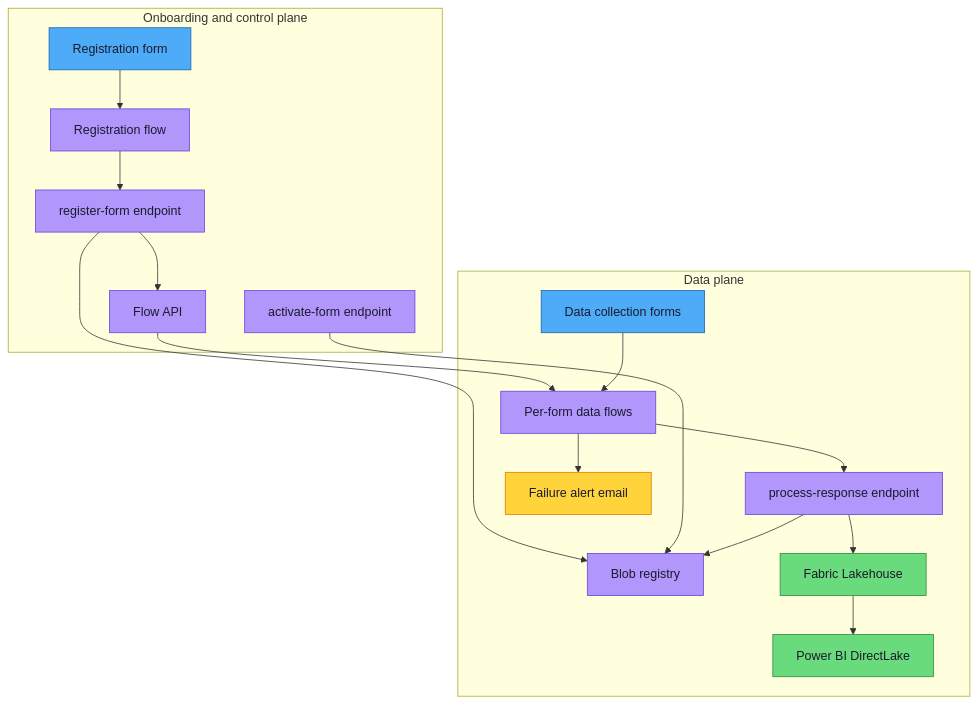
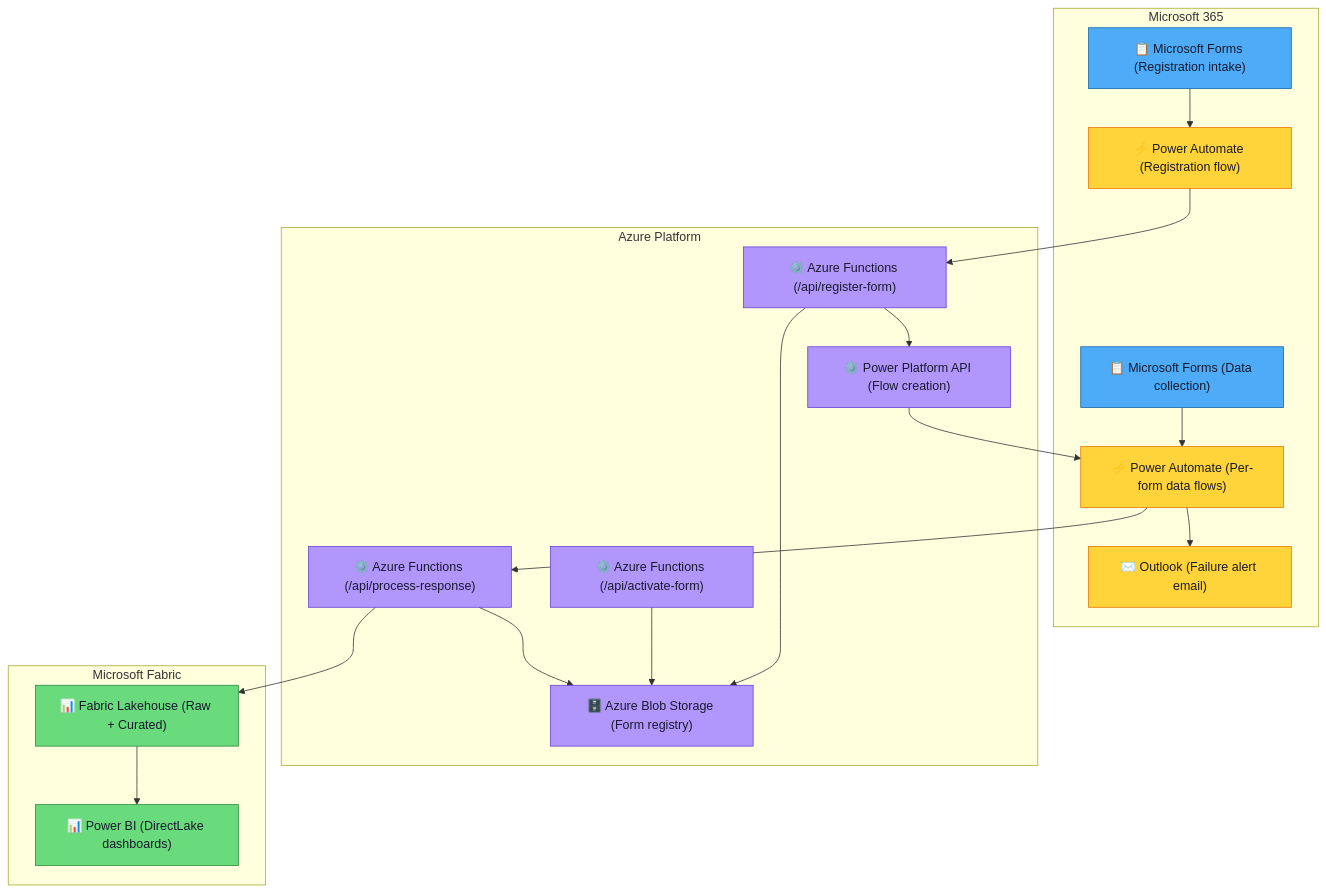
Before and after one commit to michaelhuot-msft/forms-to-fabric: the first of 5 diagrams in docs/architecture.md, drawn with Mermaid. The commit also changed 5 other files, not shown here.

First line of the commit message:
docs: update architecture diagram with Microsoft product names and platform groups

````diff
--- a/docs/architecture.md
+++ b/docs/architecture.md
@@ -17,40 +17,44 @@
 ```mermaid
 flowchart TB
-    subgraph Control["Onboarding and control plane"]
-        RegForm["Registration form"]
-        RegFlow["Registration flow"]
-        Register["register-form endpoint"]
-        Activate["activate-form endpoint"]
-        FlowApi["Flow API"]
+    subgraph M365["Microsoft 365"]
+        RegForm["📋 Microsoft Forms (Registration intake)"]
+        Survey["📋 Microsoft Forms (Data collection)"]
+        RegFlow["⚡ Power Automate (Registration flow)"]
+        PerFlow["⚡ Power Automate (Per-form data flows)"]
+        Alerts["✉️ Outlook (Failure alert email)"]
     end
 
-    subgraph Data["Data plane"]
-        Survey["Data collection forms"]
-        PerFlow["Per-form data flows"]
-        Process["process-response endpoint"]
-        Registry["Blob registry"]
-        Lakehouse["Fabric Lakehouse"]
-        Alerts["Failure alert email"]
-        PowerBI["Power BI DirectLake"]
+    subgraph Azure["Azure Platform"]
+        Register["⚙️ Azure Functions (/api/register-form)"]
+        Activate["⚙️ Azure Functions (/api/activate-form)"]
+        Process["⚙️ Azure Functions (/api/process-response)"]
+        FlowApi["⚙️ Power Platform API (Flow creation)"]
+        Registry["🗄️ Azure Blob Storage (Form registry)"]
+    end
+
+    subgraph Fabric["Microsoft Fabric"]
+        Lakehouse["📊 Fabric Lakehouse (Raw + Curated)"]
+        PowerBI["📊 Power BI (DirectLake dashboards)"]
     end
 
     RegForm --> RegFlow --> Register
     Register --> Registry
     Register --> FlowApi --> PerFlow
     Activate --> Registry
     Survey --> PerFlow --> Process
     Process --> Registry
     Process --> Lakehouse --> PowerBI
     PerFlow --> Alerts
 
     classDef primary fill:#4dabf7,stroke:#1864ab,color:#1a1a2e
     classDef success fill:#69db7c,stroke:#2b8a3e,color:#1a1a2e
     classDef warning fill:#ffd43b,stroke:#e67700,color:#1a1a2e
     classDef danger fill:#ff8787,stroke:#c92a2a,color:#1a1a2e
     classDef info fill:#b197fc,stroke:#6741d9,color:#1a1a2e
+    classDef neutral fill:#ced4da,stroke:#495057,color:#1a1a2e
 
     class RegForm,Survey primary
-    class RegFlow,Register,Activate,FlowApi,PerFlow,Process,Registry info
+    class RegFlow,PerFlow,Alerts warning
+    class Register,Activate,Process,FlowApi,Registry info
     class Lakehouse,PowerBI success
-    class Alerts warning
 ```
````
